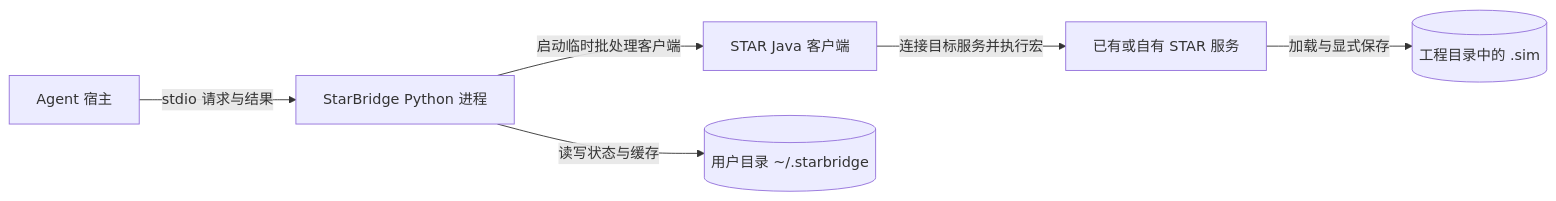
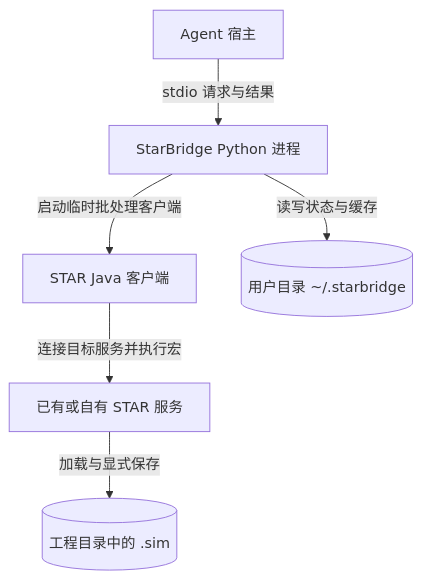
The second of 3 diagrams in docs/tech/architecture.md (Laxpud/StarBridge), drawn with Mermaid before and after one commit. The commit also changed other lines of this file and 36 other files, not shown here.

````diff
--- a/docs/tech/architecture.md
+++ b/docs/tech/architecture.md
@@ -23,8 +23,8 @@
 ```mermaid
-flowchart LR
+flowchart TD
     host["Agent 宿主"] -->|stdio 请求与结果| python["StarBridge Python 进程"]
     python -->|启动临时批处理客户端| client["STAR Java 客户端"]
     client -->|连接目标服务并执行宏| server["已有或自有 STAR 服务"]
     server -->|加载与显式保存| sim[("工程目录中的 .sim")]
     python -->|读写状态与缓存| runtime[("用户目录 ~/.starbridge")]
 ```
````
